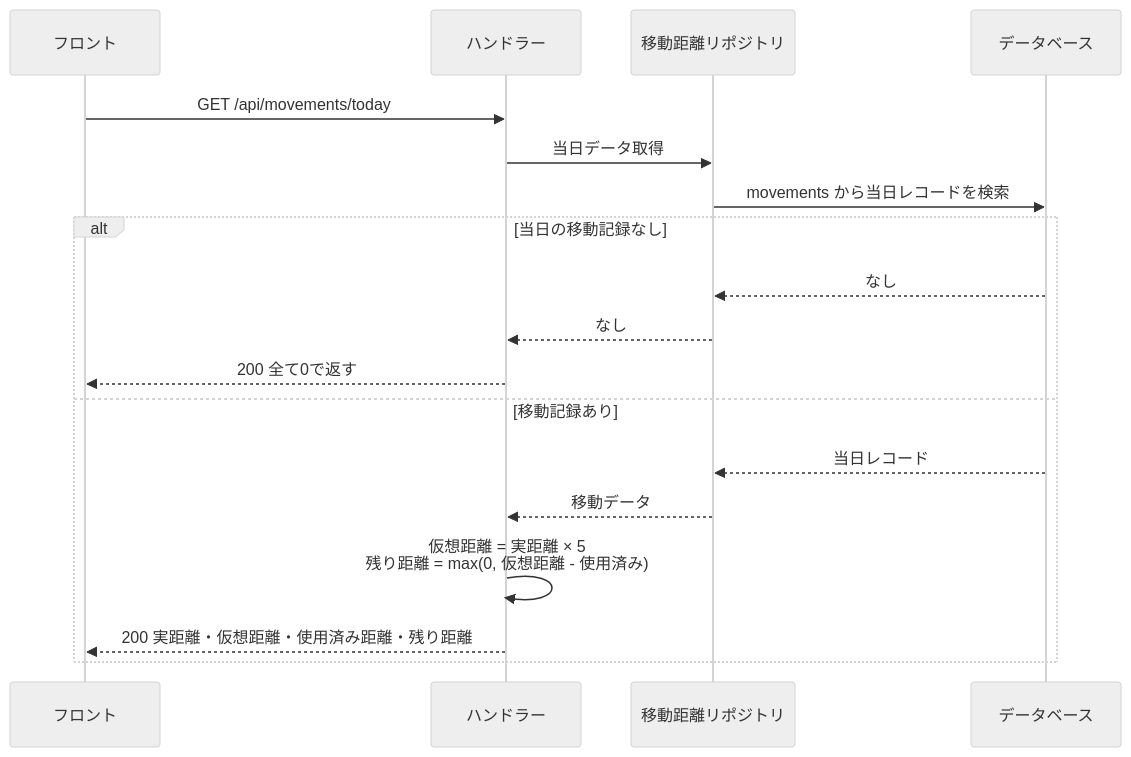
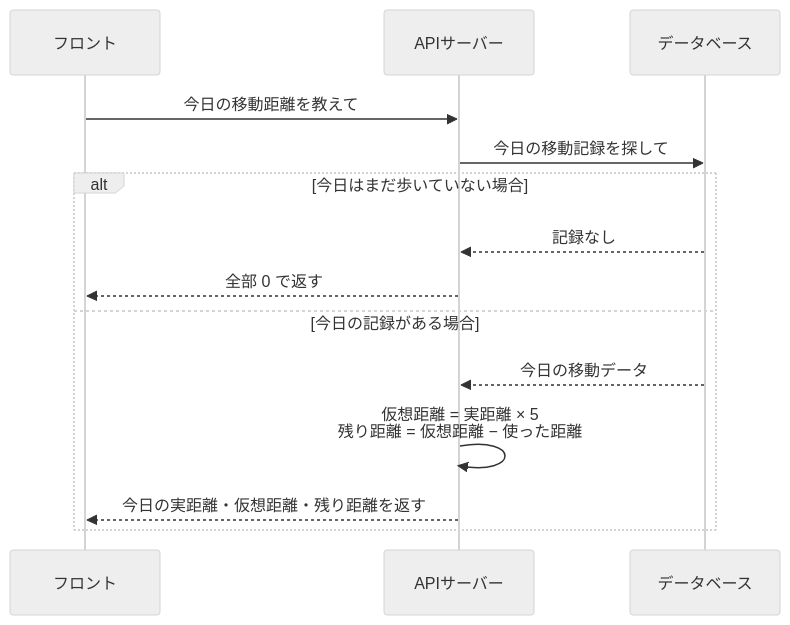
One commit to y08416/sukima-trip-backend changed the fifth of 6 diagrams in docs/sequence.md. Above: the diagram before and after it, drawn with Mermaid (neutral theme). The commit also changed other lines of this file, not shown here.

Commit message:
docs: シーケンス図の説明を噛み砕いた日本語に書き直す

````diff
--- a/docs/sequence.md
+++ b/docs/sequence.md
@@ -108,22 +93,19 @@
 ```mermaid
 sequenceDiagram
     participant フロント
-    participant ハンドラー
-    participant 移動距離リポジトリ
+    participant APIサーバー
     participant DB as データベース
 
-    フロント->>ハンドラー: GET /api/movements/today
-    ハンドラー->>移動距離リポジトリ: 当日データ取得
-    移動距離リポジトリ->>DB: movements から当日レコードを検索
+    フロント->>APIサーバー: 今日の移動距離を教えて
 
-    alt 当日の移動記録なし
-        DB-->>移動距離リポジトリ: なし
-        移動距離リポジトリ-->>ハンドラー: なし
-        ハンドラー-->>フロント: 200 全て0で返す
-    else 移動記録あり
-        DB-->>移動距離リポジトリ: 当日レコード
-        移動距離リポジトリ-->>ハンドラー: 移動データ
-        ハンドラー->>ハンドラー: 仮想距離 = 実距離 × 5<br/>残り距離 = max(0, 仮想距離 - 使用済み)
-        ハンドラー-->>フロント: 200 実距離・仮想距離・使用済み距離・残り距離
+    APIサーバー->>DB: 今日の移動記録を探して
+
+    alt 今日はまだ歩いていない場合
+        DB-->>APIサーバー: 記録なし
+        APIサーバー-->>フロント: 全部 0 で返す
+    else 今日の記録がある場合
+        DB-->>APIサーバー: 今日の移動データ
+        APIサーバー->>APIサーバー: 仮想距離 = 実距離 × 5<br/>残り距離 = 仮想距離 − 使った距離
+        APIサーバー-->>フロント: 今日の実距離・仮想距離・残り距離を返す
     end
 ```
````
